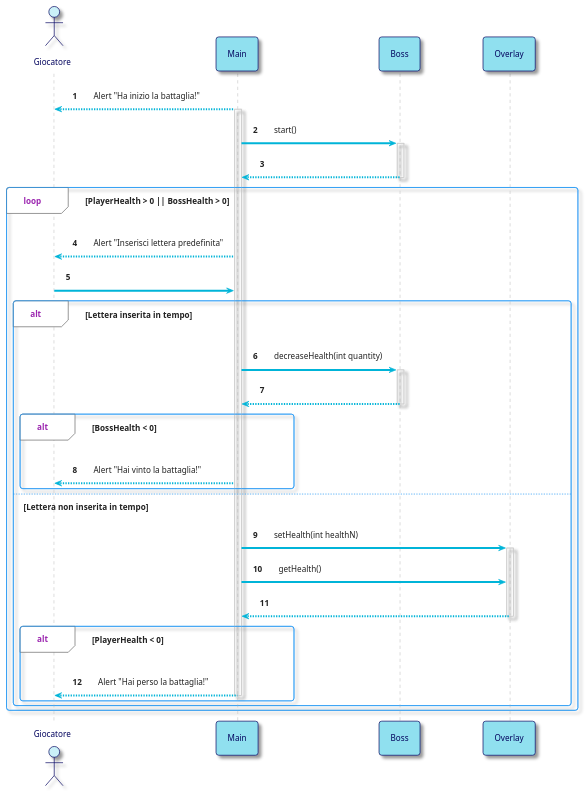
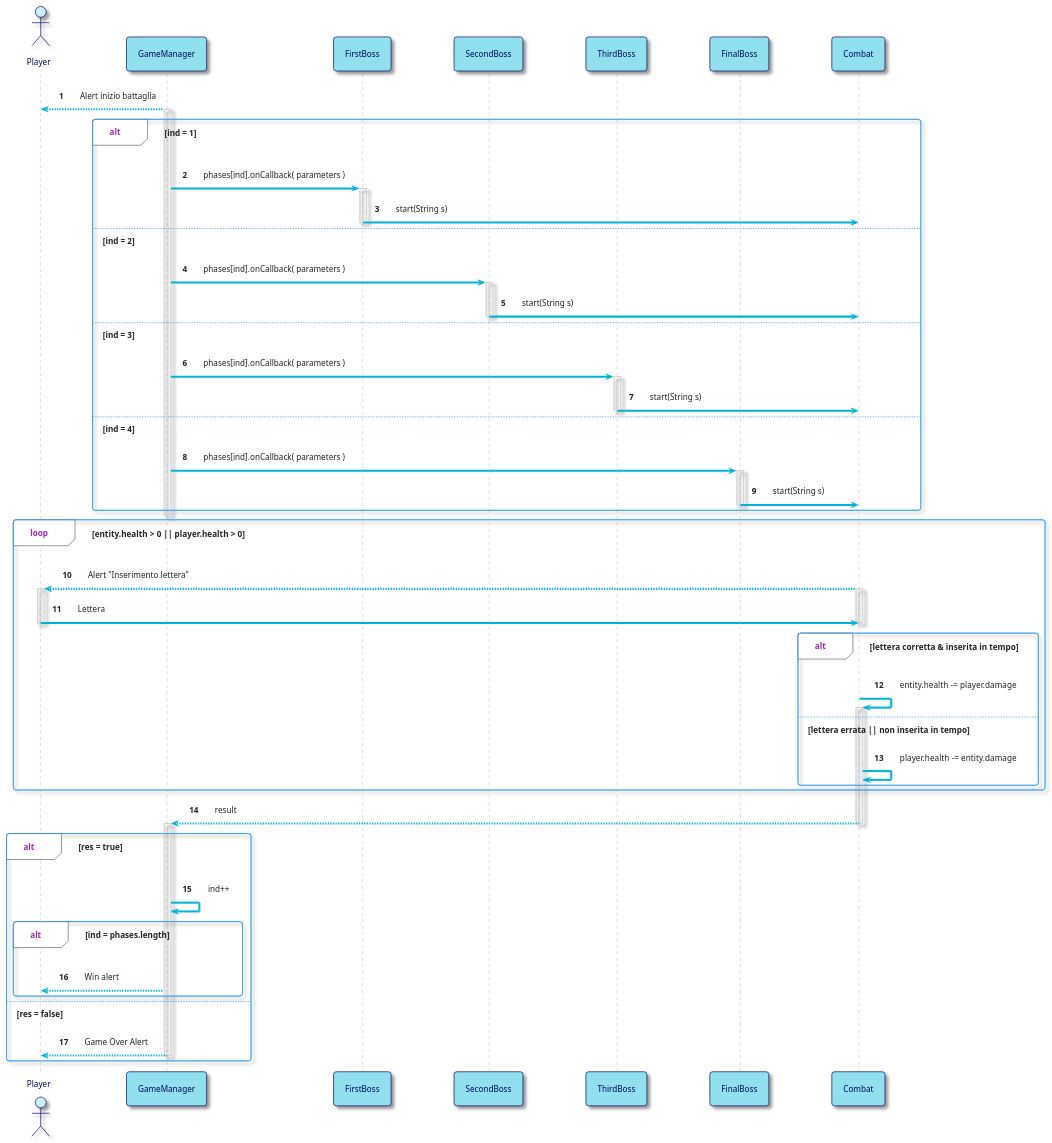
Before and after one commit to 1smaa/progettoedids: the fourth of 4 diagrams in Sequence_diagram.md, drawn with PlantUML. The commit also changed other lines of this file, not shown here.

Commit message:
Update boss battle

````diff
--- a/Sequence_diagram.md
+++ b/Sequence_diagram.md
@@ -270,52 +272,81 @@
 skinparam DatabaseFontColor #03045E
 skinparam BackgroundColor #FFFFFF
 
-actor Giocatore
-participant Main
-participant Boss
-participant Overlay
+actor Player
+participant GameManager
+participant FirstBoss
+participant SecondBoss
+participant ThirdBoss
+participant FinalBoss
+participant Combat
 
-Main --> Giocatore : Alert "Ha inizio la battaglia!"
-activate Main
-Main -> Boss : start()
-activate Boss
-Boss --> Main
-deactivate Boss
-loop PlayerHealth > 0 || BossHealth > 0
-Main --> Giocatore : Alert "Inserisci lettera predefinita"
-Giocatore -> Main
 
-alt Lettera inserita in tempo
-Main -> Boss : decreaseHealth(int quantity)
-activate Boss
-Boss --> Main
-deactivate Boss
+GameManager --> Player : Alert inizio battaglia
+activate GameManager
 
-alt BossHealth < 0
-
-Main --> Giocatore : Alert "Hai vinto la battaglia!"
-
+alt ind = 1
+GameManager -> FirstBoss : phases[ind].onCallback( parameters )
+activate FirstBoss
+FirstBoss -> Combat : start(String s)
+deactivate FirstBoss
+else ind = 2
+GameManager -> SecondBoss : phases[ind].onCallback( parameters )
+activate SecondBoss
+SecondBoss -> Combat :start(String s)
+deactivate SecondBoss
+else ind = 3 
+GameManager -> ThirdBoss : phases[ind].onCallback( parameters )
+activate ThirdBoss
+ThirdBoss -> Combat : start(String s)
+deactivate ThirdBoss
+else ind = 4
+GameManager -> FinalBoss: phases[ind].onCallback( parameters )
+activate FinalBoss
+FinalBoss -> Combat :start(String s)
+deactivate FinalBoss
 end
 
-else Lettera non inserita in tempo
-Main -> Overlay : setHealth(int healthN)
-activate Overlay
-Main -> Overlay : getHealth()
-Overlay --> Main
-deactivate Overlay
+deactivate GameManager
 
-alt PlayerHealth < 0
+loop entity.health > 0 || player.health > 0
 
-Main --> Giocatore : Alert "Hai perso la battaglia!"
+Combat --> Player : Alert "Inserimento lettera"
+activate Combat
+activate Player
 
-deactivate Main
-end
+Player -> Combat : Lettera
 
+deactivate Combat
+deactivate Player
+
+
+
+alt lettera corretta & inserita in tempo
+Combat -> Combat : entity.health -= player.damage
+activate Combat
+else lettera errata || non inserita in tempo
+
+Combat -> Combat : player.health -= entity.damage
 end
 
 end
 
 
+Combat --> GameManager : result
+deactivate Combat
+alt res = true
+activate GameManager
+GameManager -> GameManager : ind++
+
+  alt ind = phases.length
+  GameManager --> Player : Win alert
+
+  end
+else res = false
+GameManager --> Player : Game Over Alert
+
+deactivate GameManager
+end
+
 @enduml
-
 ```
````
